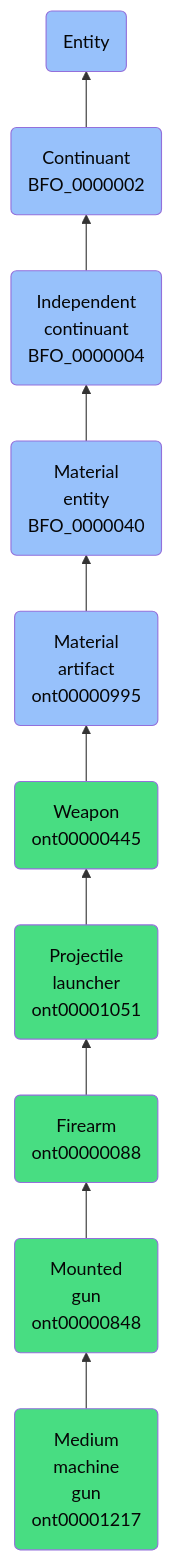
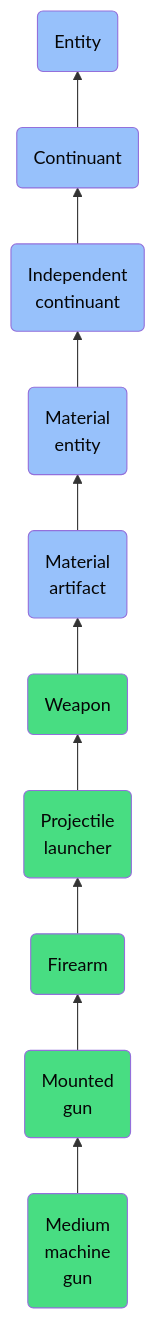
The diagram in docs/ontology/reference/model/Entity/Continuant/Independent continuant/Material entity/Material artifact/Weapon/Projectile launcher/Firearm/Mounted gun/Medium machine gun/Medium machine gun.md (jupyter-naas/abi), drawn with Mermaid before and after one commit. The commit also changed other lines of this file and 1430 other files, not shown here.

````diff
--- a/docs/ontology/reference/model/Entity/Continuant/Independent continuant/Material entity/Material artifact/Weapon/Projectile launcher/Firearm/Mounted gun/Medium machine gun/Medium machine gun.md
+++ b/docs/ontology/reference/model/Entity/Continuant/Independent continuant/Material entity/Material artifact/Weapon/Projectile launcher/Firearm/Mounted gun/Medium machine gun/Medium machine gun.md
@@ -24,17 +24,17 @@
 ```mermaid
 graph BT
-    ont00001217(Medium<br>machine<br>gun<br>ont00001217):::ABI-->ont00000848
-    ont00000848(Mounted<br>gun<br>ont00000848):::ABI-->ont00000088
-    ont00000088(Firearm<br>ont00000088):::ABI-->ont00001051
-    ont00001051(Projectile<br>launcher<br>ont00001051):::ABI-->ont00000445
-    ont00000445(Weapon<br>ont00000445):::ABI-->ont00000995
-    ont00000995(Material<br>artifact<br>ont00000995):::BFO-->BFO_0000040
-    BFO_0000040(Material<br>entity<br>BFO_0000040):::BFO-->BFO_0000004
-    BFO_0000004(Independent<br>continuant<br>BFO_0000004):::BFO-->BFO_0000002
-    BFO_0000002(Continuant<br>BFO_0000002):::BFO-->BFO_0000001
+    ont00001217(Medium<br>machine<br>gun):::ABI-->ont00000848
+    ont00000848(Mounted<br>gun):::ABI-->ont00000088
+    ont00000088(Firearm):::ABI-->ont00001051
+    ont00001051(Projectile<br>launcher):::ABI-->ont00000445
+    ont00000445(Weapon):::ABI-->ont00000995
+    ont00000995(Material<br>artifact):::BFO-->BFO_0000040
+    BFO_0000040(Material<br>entity):::BFO-->BFO_0000004
+    BFO_0000004(Independent<br>continuant):::BFO-->BFO_0000002
+    BFO_0000002(Continuant):::BFO-->BFO_0000001
     BFO_0000001(Entity):::BFO
     
     classDef BFO fill:#97c1fb,color:#060606
     classDef CCO fill:#e4c51e,color:#060606
     classDef ABI fill:#48DD82,color:#060606
 ```
````
